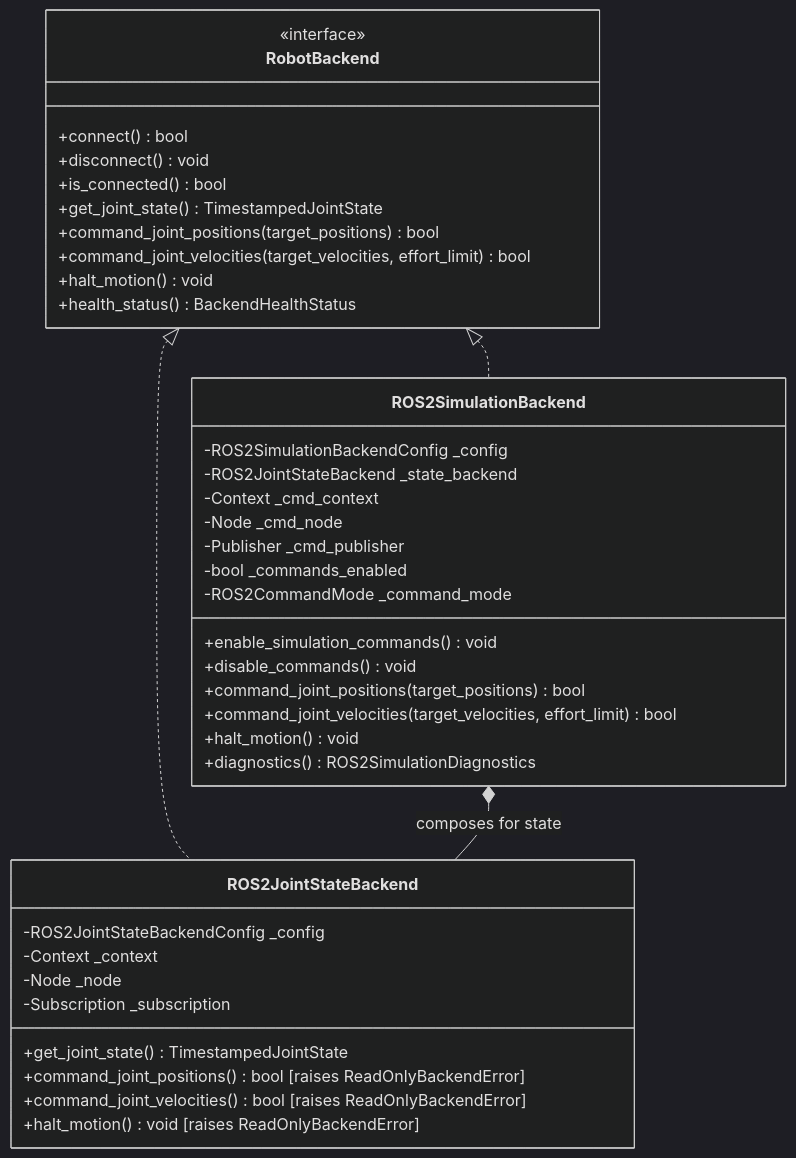
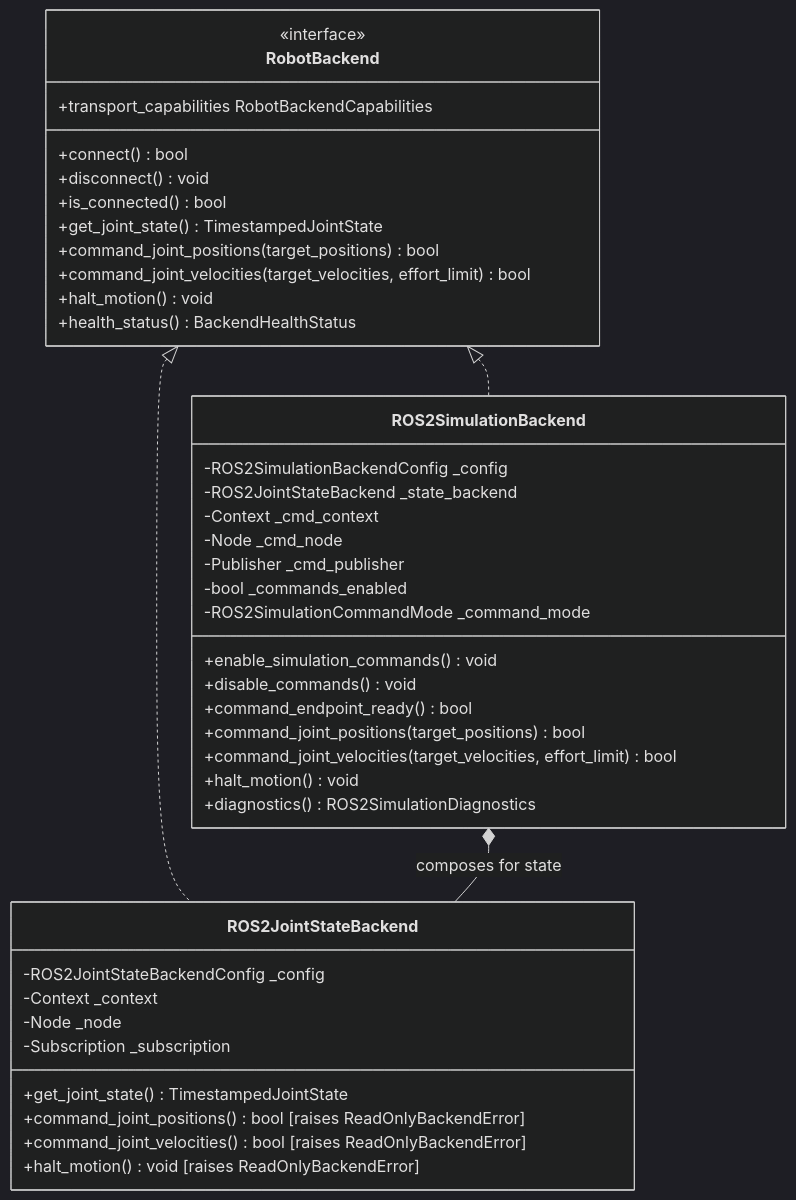
Before and after one commit to Tanishk756/VisionRobotTwin: the first of 2 diagrams in docs/superpowers/specs/2026-09-16-v1.3-phase-b2-ros2-simulation-command-design.md, drawn with Mermaid (dark theme). The commit also changed other lines of this file and 1 other file, not shown here.

Commit message:
docs(v1.3): harden Phase B2 simulation command safety semantics

````diff
--- a/docs/superpowers/specs/2026-09-16-v1.3-phase-b2-ros2-simulation-command-design.md
+++ b/docs/superpowers/specs/2026-09-16-v1.3-phase-b2-ros2-simulation-command-design.md
@@ -50,45 +51,47 @@
 ```mermaid
 classDiagram
     class RobotBackend {
         <<interface>>
+        +transport_capabilities RobotBackendCapabilities
         +connect() bool
         +disconnect() void
         +is_connected() bool
         +get_joint_state() TimestampedJointState
         +command_joint_positions(target_positions) bool
         +command_joint_velocities(target_velocities, effort_limit) bool
         +halt_motion() void
         +health_status() BackendHealthStatus
     }
 
     class ROS2JointStateBackend {
         -ROS2JointStateBackendConfig _config
         -Context _context
         -Node _node
         -Subscription _subscription
         +get_joint_state() TimestampedJointState
         +command_joint_positions() bool [raises ReadOnlyBackendError]
         +command_joint_velocities() bool [raises ReadOnlyBackendError]
         +halt_motion() void [raises ReadOnlyBackendError]
     }
 
     class ROS2SimulationBackend {
         -ROS2SimulationBackendConfig _config
         -ROS2JointStateBackend _state_backend
         -Context _cmd_context
         -Node _cmd_node
         -Publisher _cmd_publisher
         -bool _commands_enabled
-        -ROS2CommandMode _command_mode
+        -ROS2SimulationCommandMode _command_mode
         +enable_simulation_commands() void
         +disable_commands() void
+        +command_endpoint_ready() bool
         +command_joint_positions(target_positions) bool
         +command_joint_velocities(target_velocities, effort_limit) bool
         +halt_motion() void
         +diagnostics() ROS2SimulationDiagnostics
     }
 
     RobotBackend <|.. ROS2JointStateBackend
     RobotBackend <|.. ROS2SimulationBackend
     ROS2SimulationBackend *-- ROS2JointStateBackend : composes for state
 ```
````
